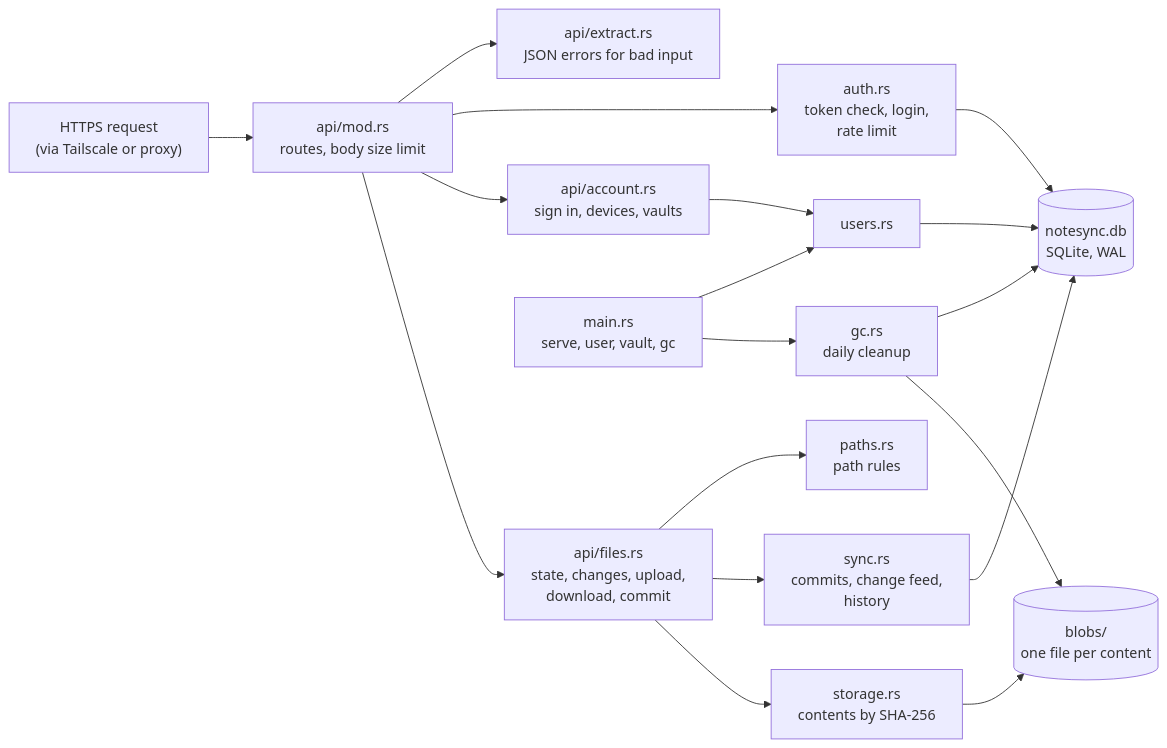
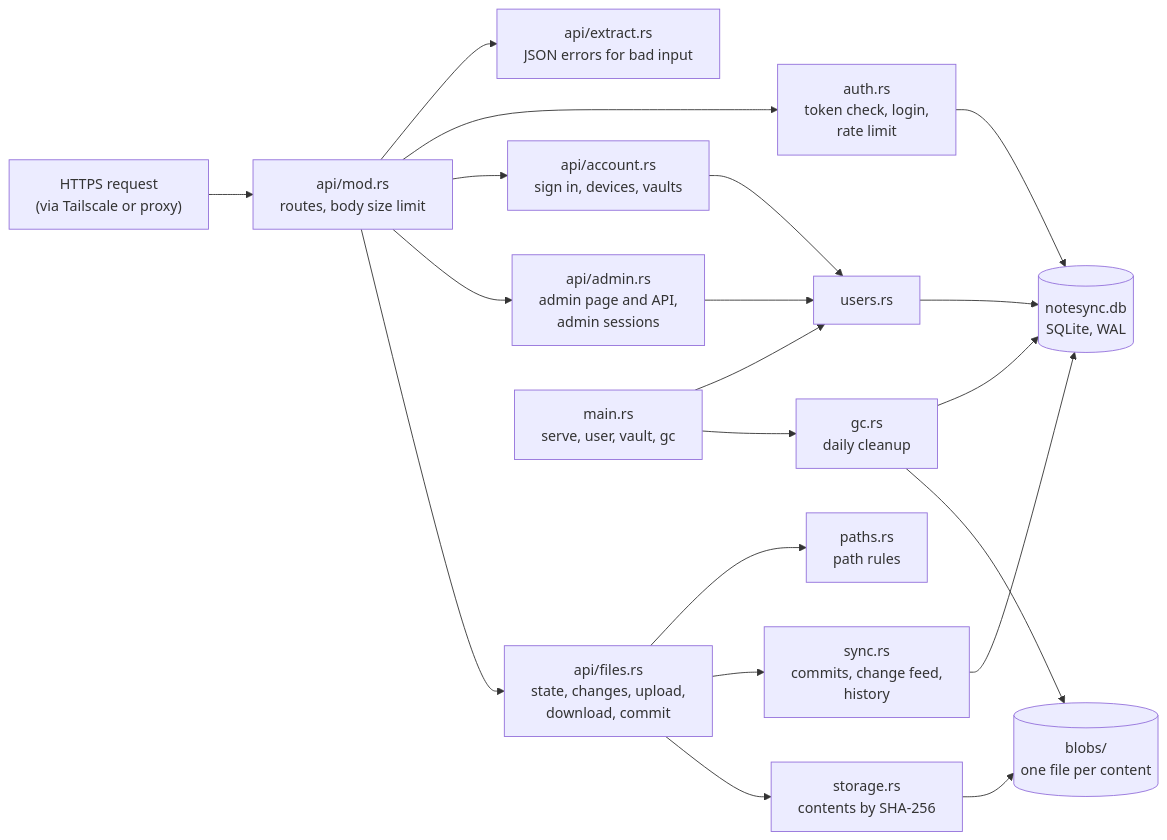
Before and after one commit to jorel13/notesync: the third of 5 diagrams in docs/design.md, drawn with Mermaid. The commit also changed other lines of this file and 23 other files, not shown here.

First line of the commit message:
Release 0.3.0: admin web page

````diff
--- a/docs/design.md
+++ b/docs/design.md
@@ -204,20 +235,22 @@
 ```mermaid
 flowchart LR
   REQ["HTTPS request<br/>(via Tailscale or proxy)"] --> ROUTER["api/mod.rs<br/>routes, body size limit"]
   ROUTER --> EXTRACT["api/extract.rs<br/>JSON errors for bad input"]
   ROUTER --> AUTH["auth.rs<br/>token check, login,<br/>rate limit"]
   ROUTER --> ACCOUNT["api/account.rs<br/>sign in, devices, vaults"]
+  ROUTER --> ADMIN["api/admin.rs<br/>admin page and API,<br/>admin sessions"]
+  ADMIN --> USERS
   ROUTER --> FILES["api/files.rs<br/>state, changes, upload,<br/>download, commit"]
   FILES --> PATHS["paths.rs<br/>path rules"]
   FILES --> SYNC["sync.rs<br/>commits, change feed,<br/>history"]
   FILES --> STORAGE["storage.rs<br/>contents by SHA-256"]
   ACCOUNT --> USERS["users.rs"]
   AUTH --> DB
   SYNC --> DB[("notesync.db<br/>SQLite, WAL")]
   USERS --> DB
   STORAGE --> BLOBS[("blobs/<br/>one file per content")]
   CLI["main.rs<br/>serve, user, vault, gc"] --> USERS
   CLI --> GC["gc.rs<br/>daily cleanup"]
   GC --> DB
   GC --> BLOBS
 ```
````
